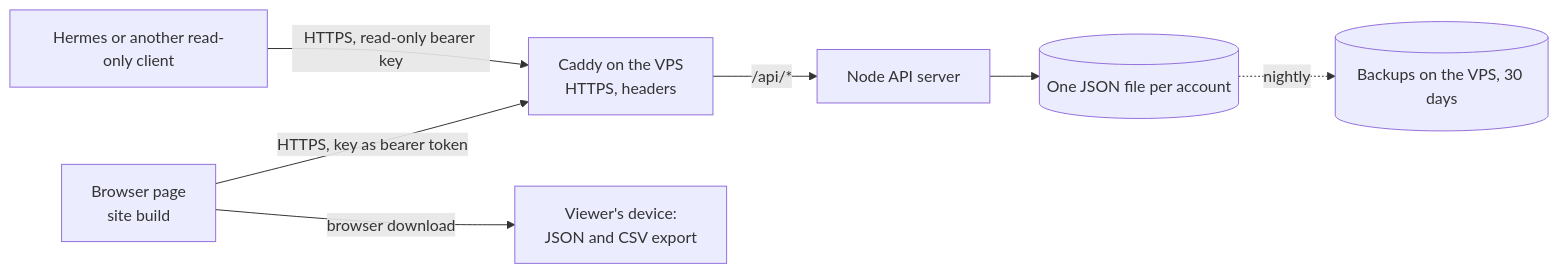
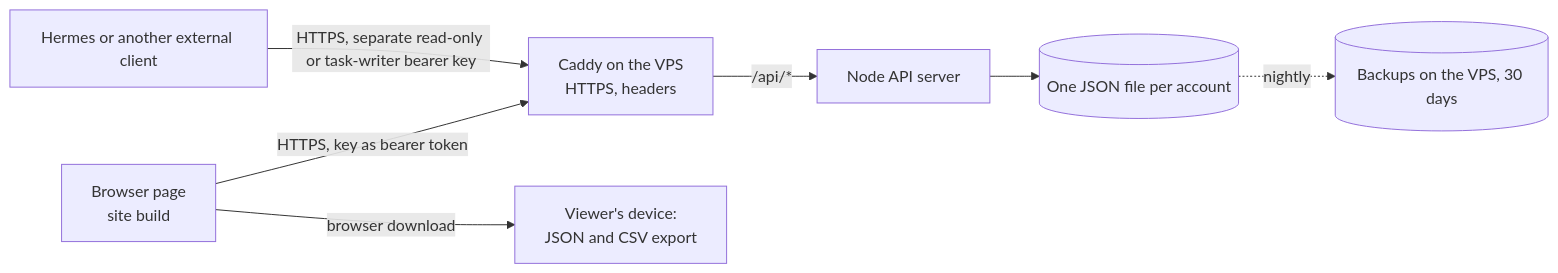
Before and after one commit to coldlight-labs/priority-matrix: the diagram in docs/architecture.md, drawn with Mermaid. The commit also changed other lines of this file and 10 other files, not shown here.

First line of the commit message:
Add scoped task-writer API keys

````diff
--- a/docs/architecture.md
+++ b/docs/architecture.md
@@ -9,9 +9,9 @@
 ```mermaid
 flowchart LR
     page[Browser page<br/>site build] -->|"HTTPS, key as bearer token"| caddy[Caddy on the VPS<br/>HTTPS, headers]
-    hermes[Hermes or another read-only client] -->|"HTTPS, read-only bearer key"| caddy
+    hermes[Hermes or another external client] -->|"HTTPS, separate read-only or task-writer bearer key"| caddy
     caddy -->|"/api/*"| server[Node API server]
     server --> data[(One JSON file per account)]
     data -.->|nightly| backups[(Backups on the VPS, 30 days)]
     page -->|"browser download"| device[Viewer's device:<br/>JSON and CSV export]
 ```
````
